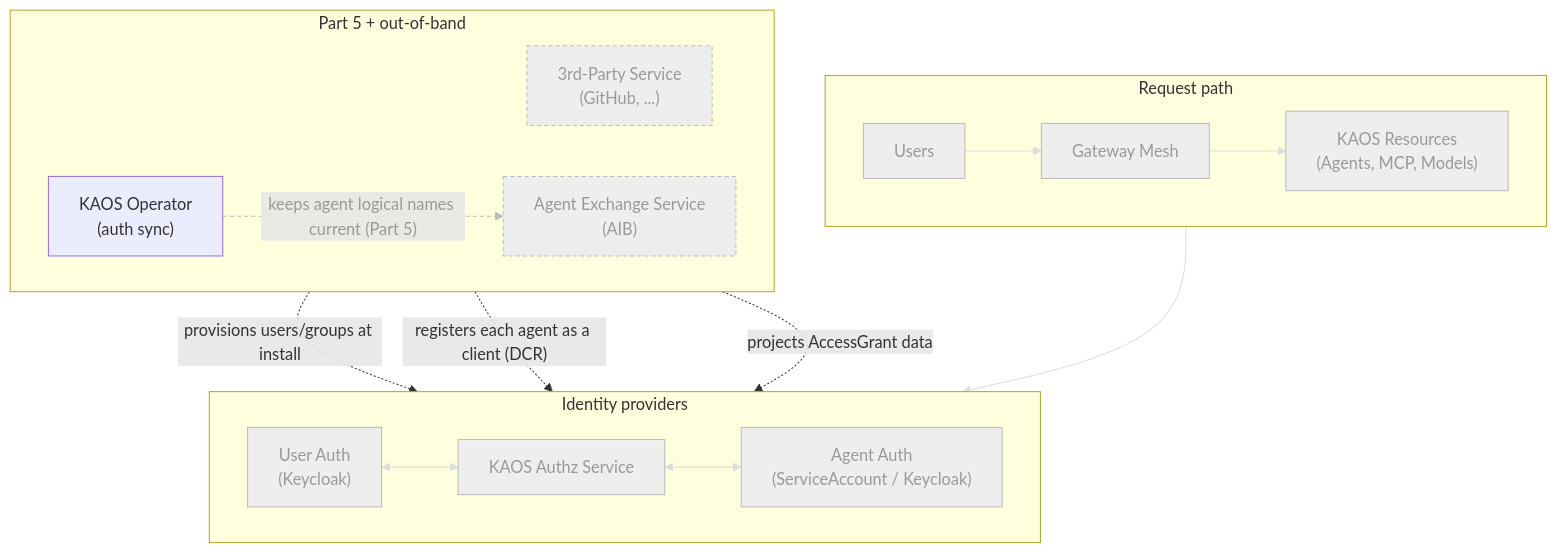
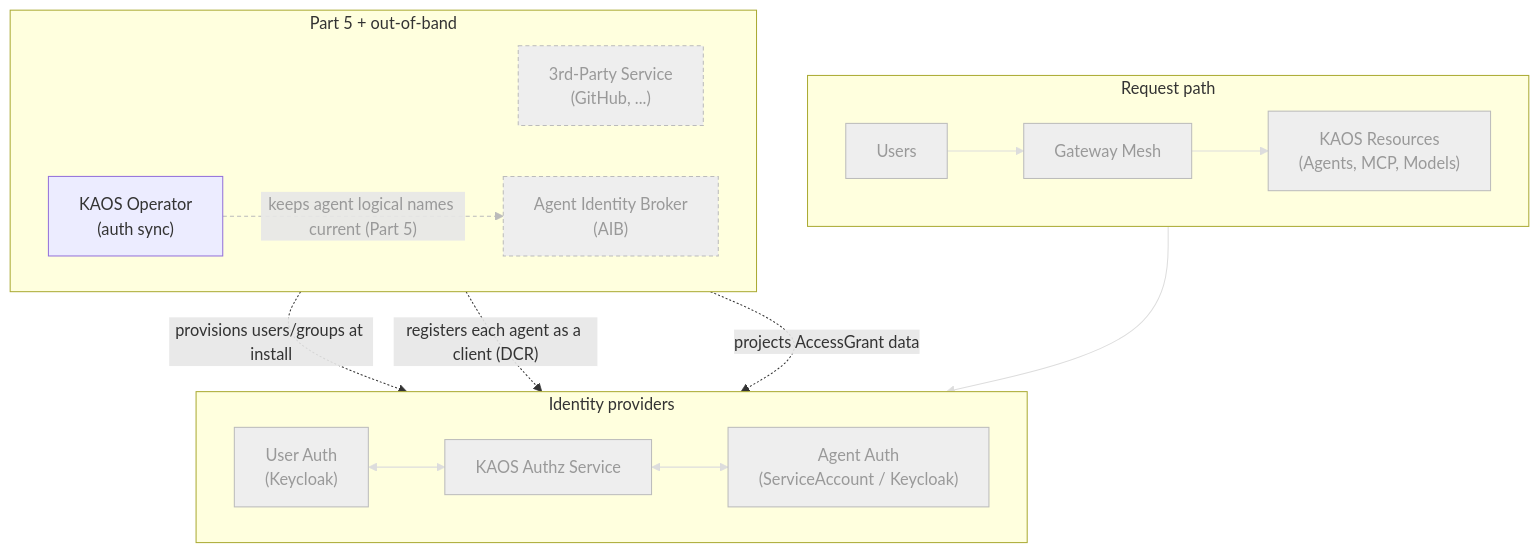
One commit to axsaucedo/kaos changed the eighth of 12 diagrams in docs/examples/authorization.md. Above: the diagram before and after it, drawn with Mermaid. The commit also changed other lines of this file, not shown here.

````diff
--- a/docs/examples/authorization.md
+++ b/docs/examples/authorization.md
@@ -548,42 +550,42 @@
 ```mermaid
 flowchart TB
   subgraph idp["Identity providers"]
     direction LR
     UA["User Auth<br/>(Keycloak)"]
     AZ["KAOS Authz Service"]
     AA["Agent Auth<br/>(ServiceAccount / Keycloak)"]
   end
   subgraph req["Request path"]
     direction LR
     U["Users"]
     GW["Gateway Mesh"]
     RES["KAOS Resources<br/>(Agents, MCP, Models)"]
   end
   subgraph oob["Part 5 + out-of-band"]
     direction LR
     TP["3rd-Party Service<br/>(GitHub, ...)"]
-    AIB["Agent Exchange Service<br/>(AIB)"]
+    AIB["Agent Identity Broker<br/>(AIB)"]
     OP["KAOS Operator<br/>(auth sync)"]
   end
 
   UA <--> AZ
   AZ <--> AA
   U --> GW
   GW --> AZ
   GW --> RES
   OP -.->|"provisions users/groups at install"| UA
   OP -.->|"registers each agent as a client (DCR)"| AA
   OP -.->|"projects AccessGrant data"| AZ
   OP -.->|"keeps agent logical names current (Part 5)"| AIB
 
   classDef dim fill:#eeeeee,stroke:#bbbbbb,color:#999999
   classDef part5 fill:#eeeeee,stroke:#bbbbbb,color:#999999,stroke-dasharray:4 3
   class UA,AZ,AA,U,GW,RES dim
   class TP,AIB part5
   linkStyle 0 stroke:#dddddd
   linkStyle 1 stroke:#dddddd
   linkStyle 2 stroke:#dddddd
   linkStyle 3 stroke:#dddddd
   linkStyle 4 stroke:#dddddd
   linkStyle 8 stroke:#bbbbbb,color:#999999,stroke-dasharray:4 3
 ```
````
